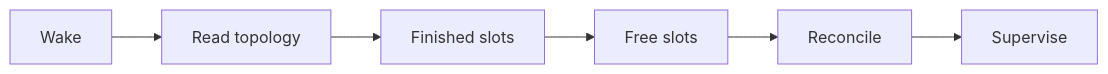
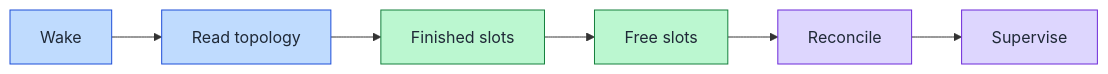
One commit to victusfate/scaffold changed the diagram in docs/diagrams/pages/loop-tick.md. Above: the diagram before and after it, drawn with Mermaid. The commit also changed other lines of this file and 20 other files, not shown here.

First line of the commit message:
docs(diagram-explorer-md): lane colors from the diagram palette; short LLM block

````diff
--- a/docs/diagrams/pages/loop-tick.md
+++ b/docs/diagrams/pages/loop-tick.md
@@ -7,8 +7,14 @@
 ```mermaid
 flowchart LR
   n_wake["Wake"] --> n_topology["Read topology"]
   n_topology["Read topology"] --> n_review["Finished slots"]
   n_review["Finished slots"] --> n_dispatch["Free slots"]
   n_dispatch["Free slots"] --> n_reconcile["Reconcile"]
   n_reconcile["Reconcile"] --> n_supervise["Supervise"]
+  classDef lane0 fill:#bfdbfe,stroke:#1d4ed8,color:#1f2937
+  classDef lane1 fill:#bbf7d0,stroke:#15803d,color:#1f2937
+  classDef lane2 fill:#ddd6fe,stroke:#6d28d9,color:#1f2937
+  class n_wake,n_topology lane0
+  class n_review,n_dispatch lane1
+  class n_reconcile,n_supervise lane2
 ```
````
